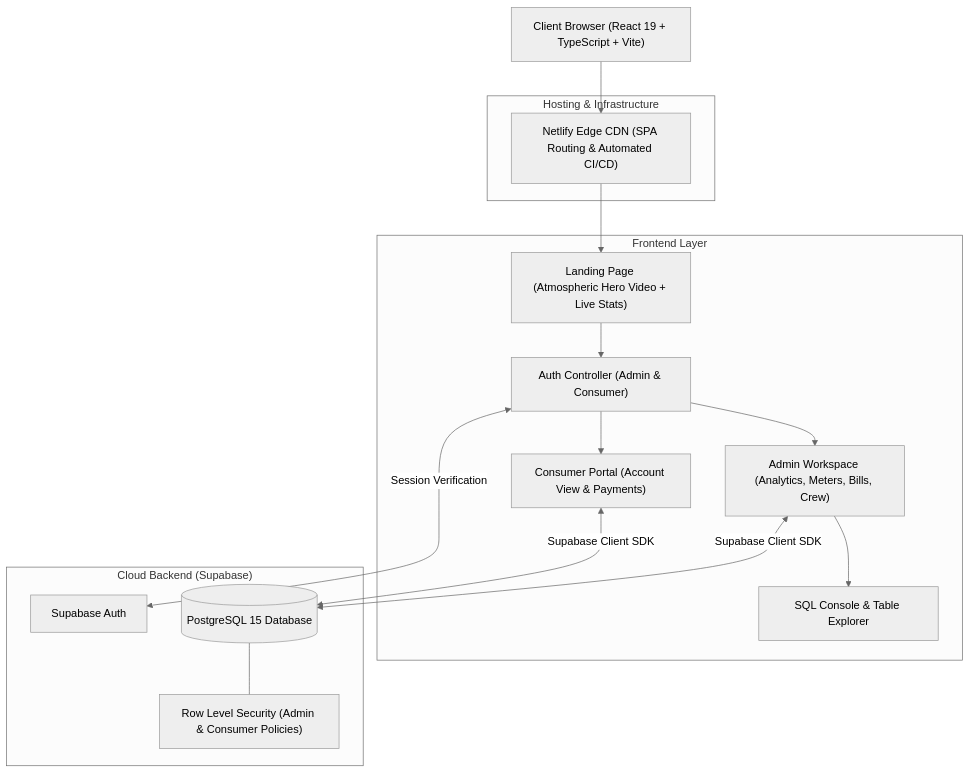
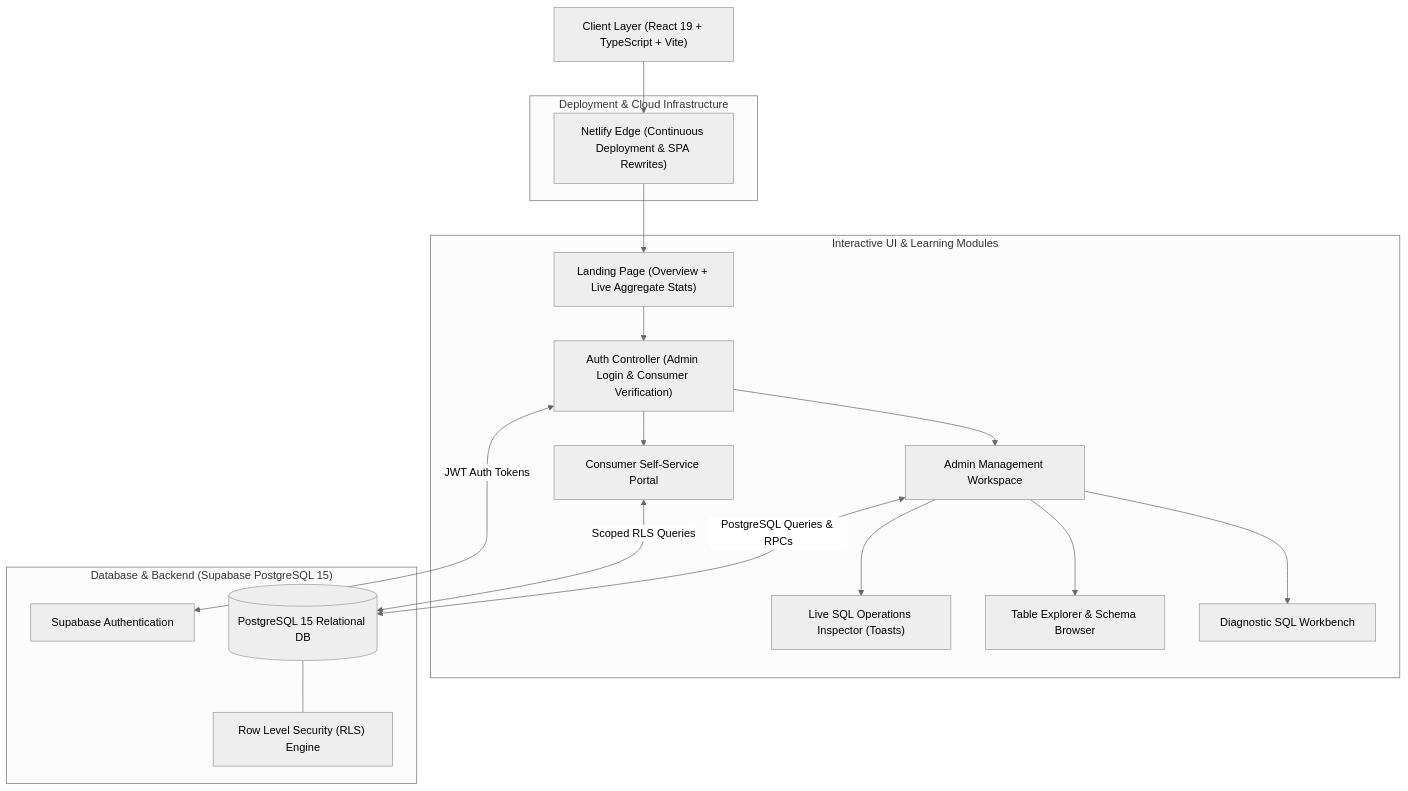
The second of 2 diagrams in README.md (BALAJIx64/GridFlow), drawn with Mermaid (neutral theme) before and after one commit. The commit also changed other lines of this file, not shown here.

Commit message:
docs: reframe README around interactive DBMS study and relational database architecture

````diff
--- a/README.md
+++ b/README.md
@@ -69,34 +214,38 @@
 ```mermaid
 graph TD
-    Client["Client Browser (React 19 + TypeScript + Vite)"]
-    
-    subgraph "Frontend Layer"
-        Landing["Landing Page (Atmospheric Hero Video + Live Stats)"]
-        Auth["Auth Controller (Admin & Consumer)"]
-        Dash["Admin Workspace (Analytics, Meters, Bills, Crew)"]
-        Portal["Consumer Portal (Account View & Payments)"]
-        SQL["SQL Console & Table Explorer"]
+    Client["Client Layer (React 19 + TypeScript + Vite)"]
+
+    subgraph "Interactive UI & Learning Modules"
+        Landing["Landing Page (Overview + Live Aggregate Stats)"]
+        Auth["Auth Controller (Admin Login & Consumer Verification)"]
+        Workspace["Admin Management Workspace"]
+        ConsumerApp["Consumer Self-Service Portal"]
+        Inspector["Live SQL Operations Inspector (Toasts)"]
+        DBExplorer["Table Explorer & Schema Browser"]
+        SQLConsole["Diagnostic SQL Workbench"]
     end
-    
-    subgraph "Cloud Backend (Supabase)"
-        AuthService["Supabase Auth"]
-        Postgres[("PostgreSQL 15 Database")]
-        RLS["Row Level Security (Admin & Consumer Policies)"]
+
+    subgraph "Database & Backend (Supabase PostgreSQL 15)"
+        AuthService["Supabase Authentication"]
+        PostgresDB[("PostgreSQL 15 Relational DB")]
+        RLSPolicies["Row Level Security (RLS) Engine"]
     end
-    
-    subgraph "Hosting & Infrastructure"
-        Netlify["Netlify Edge CDN (SPA Routing & Automated CI/CD)"]
+
+    subgraph "Deployment & Cloud Infrastructure"
+        Netlify["Netlify Edge (Continuous Deployment & SPA Rewrites)"]
     end
 
     Client --> Netlify
     Netlify --> Landing
     Landing --> Auth
-    Auth --> Dash
-    Auth --> Portal
-    Dash --> SQL
-    
-    Dash <-->|Supabase Client SDK| Postgres
-    Portal <-->|Supabase Client SDK| Postgres
-    Auth <-->|Session Verification| AuthService
-    Postgres --- RLS
+    Auth --> Workspace
+    Auth --> ConsumerApp
+    Workspace --> Inspector
+    Workspace --> DBExplorer
+    Workspace --> SQLConsole
+
+    Workspace <-->|PostgreSQL Queries & RPCs| PostgresDB
+    ConsumerApp <-->|Scoped RLS Queries| PostgresDB
+    Auth <-->|JWT Auth Tokens| AuthService
+    PostgresDB --- RLSPolicies
 ```
````
